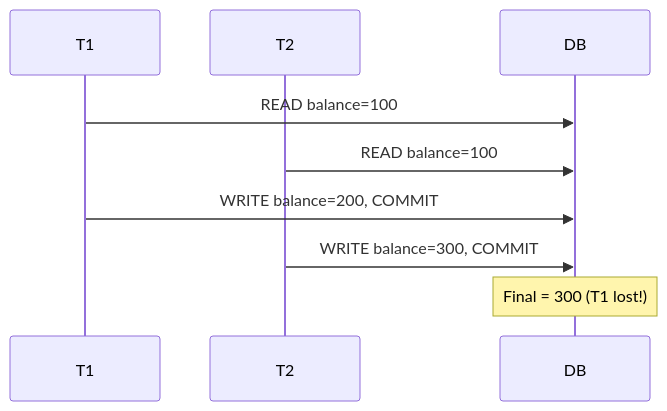
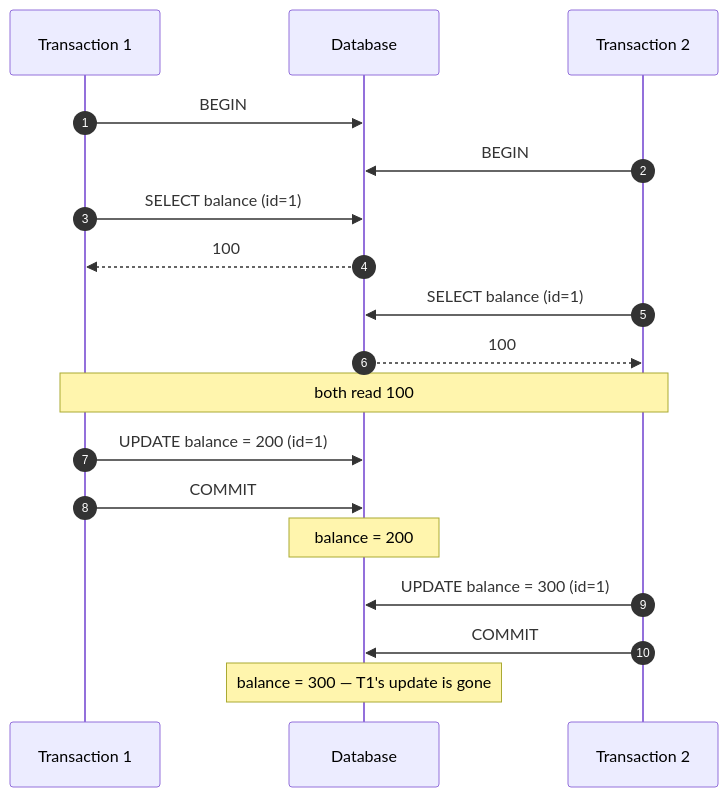
Before and after one commit to tanaymakharia17/tanaymakharia17.github.io: the fourth of 5 diagrams in _posts/2026-09-23-concurrency-problems-isolation-levels.md, drawn with Mermaid. The commit also changed other lines of this file, not shown here.

Commit message:
Rewrite isolation levels post for beginners with clearer diagrams

````diff
--- a/_posts/2026-09-23-concurrency-problems-isolation-levels.md
+++ b/_posts/2026-09-23-concurrency-problems-isolation-levels.md
@@ -60,10 +117,21 @@
 ```mermaid
 sequenceDiagram
-    participant T1
-    participant T2
-    T1->>DB: READ balance=100
-    T2->>DB: READ balance=100
-    T1->>DB: WRITE balance=200, COMMIT
-    T2->>DB: WRITE balance=300, COMMIT
-    Note over DB: Final = 300 (T1 lost!)
+    autonumber
+    participant T1 as Transaction 1
+    participant DB as Database
+    participant T2 as Transaction 2
+
+    T1->>DB: BEGIN
+    T2->>DB: BEGIN
+    T1->>DB: SELECT balance (id=1)
+    DB-->>T1: 100
+    T2->>DB: SELECT balance (id=1)
+    DB-->>T2: 100
+    Note over T1,T2: both read 100
+    T1->>DB: UPDATE balance = 200 (id=1)
+    T1->>DB: COMMIT
+    Note over DB: balance = 200
+    T2->>DB: UPDATE balance = 300 (id=1)
+    T2->>DB: COMMIT
+    Note over DB: balance = 300 — T1's update is gone
 ```
````
